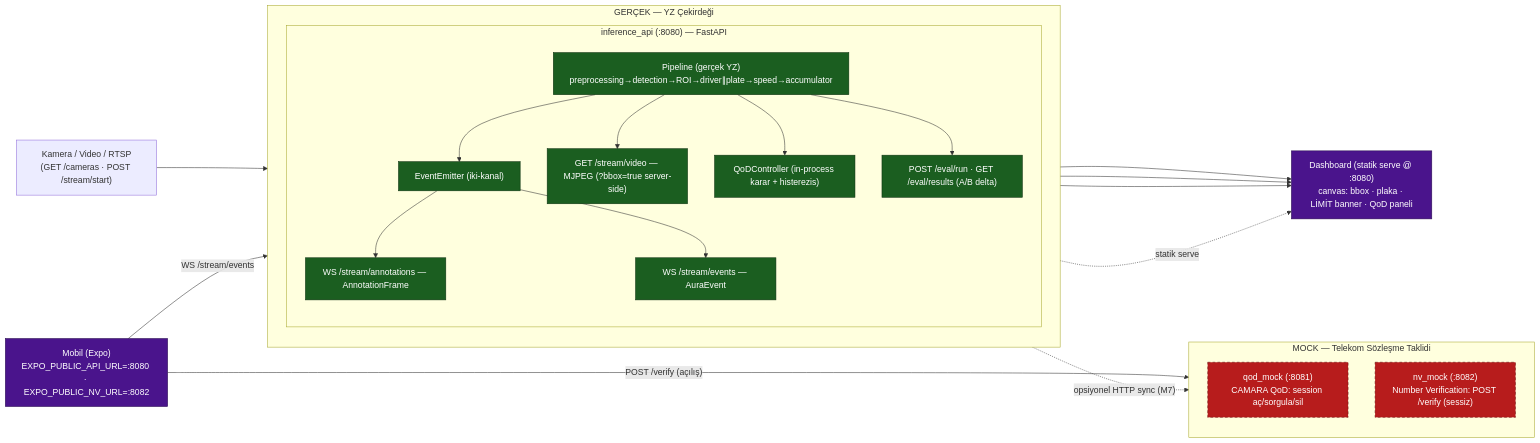
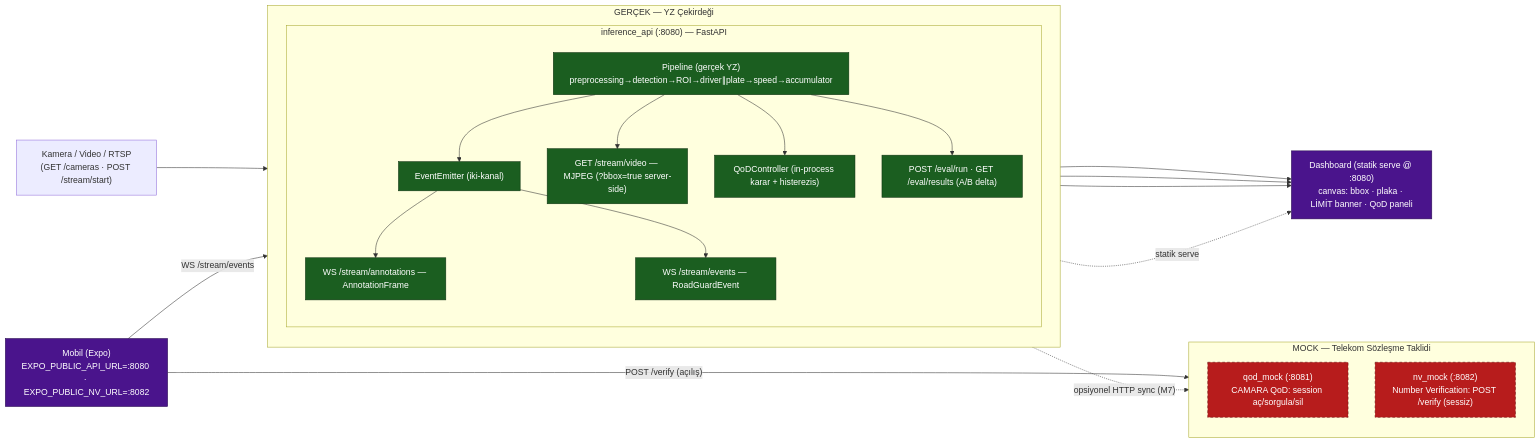
One commit to cleoanka/teknofest-prototip.v2 changed the sixth of 6 diagrams in docs/mimari.md. Above: the diagram before and after it, drawn with Mermaid. The commit also changed other lines of this file and 233 other files, not shown here.

````diff
--- a/docs/mimari.md
+++ b/docs/mimari.md
@@ -490,52 +490,52 @@
 ```mermaid
 flowchart LR
     SRC["Kamera / Video / RTSP<br/>(GET /cameras · POST /stream/start)"]
 
     subgraph REAL["GERÇEK — YZ Çekirdeği"]
         direction TB
         subgraph API["inference_api (:8080) — FastAPI"]
             direction TB
             PIPE["Pipeline (gerçek YZ)<br/>preprocessing→detection→ROI→driver∥plate→speed→accumulator"]
             EM["EventEmitter (iki-kanal)"]
             QODC["QoDController (in-process karar + histerezis)"]
             MJPEG["GET /stream/video — MJPEG (?bbox=true server-side)"]
             WSA["WS /stream/annotations — AnnotationFrame"]
-            WSE["WS /stream/events — AuraEvent"]
+            WSE["WS /stream/events — RoadGuardEvent"]
             EVAL["POST /eval/run · GET /eval/results (A/B delta)"]
             PIPE --> EM
             EM --> WSA
             EM --> WSE
             PIPE --> MJPEG
             PIPE --> QODC
             PIPE --> EVAL
         end
     end
 
     subgraph MOCK["MOCK — Telekom Sözleşme Taklidi"]
         direction TB
         QODM["qod_mock (:8081)<br/>CAMARA QoD: session aç/sorgula/sil"]
         NVM["nv_mock (:8082)<br/>Number Verification: POST /verify (sessiz)"]
     end
 
     DASH["Dashboard (statik serve @ :8080)<br/>canvas: bbox · plaka · LİMİT banner · QoD paneli"]
     MOBILE["Mobil (Expo)<br/>EXPO_PUBLIC_API_URL=:8080 · EXPO_PUBLIC_NV_URL=:8082"]
 
     SRC --> PIPE
     API -. "statik serve" .-> DASH
     MJPEG --> DASH
     WSA --> DASH
     WSE --> DASH
 
     QODC -. "opsiyonel HTTP sync (M7)" .-> QODM
     MOBILE -- "POST /verify (açılış)" --> NVM
     MOBILE -- "WS /stream/events" --> WSE
 
     classDef real fill:#1b5e20,stroke:#0d3010,color:#fff;
     classDef mock fill:#b71c1c,stroke:#6a0e0e,color:#fff,stroke-dasharray:5 4;
     classDef client fill:#4a148c,stroke:#2a0c50,color:#fff;
     class PIPE,EM,QODC,MJPEG,WSA,WSE,EVAL real;
     class QODM,NVM mock;
     class DASH,MOBILE client;
 
     %% Not: Final ortamda yalnızca endpoint/credential değişir; sözleşme + YZ çekirdeği aynı kalır.
 ```
````
